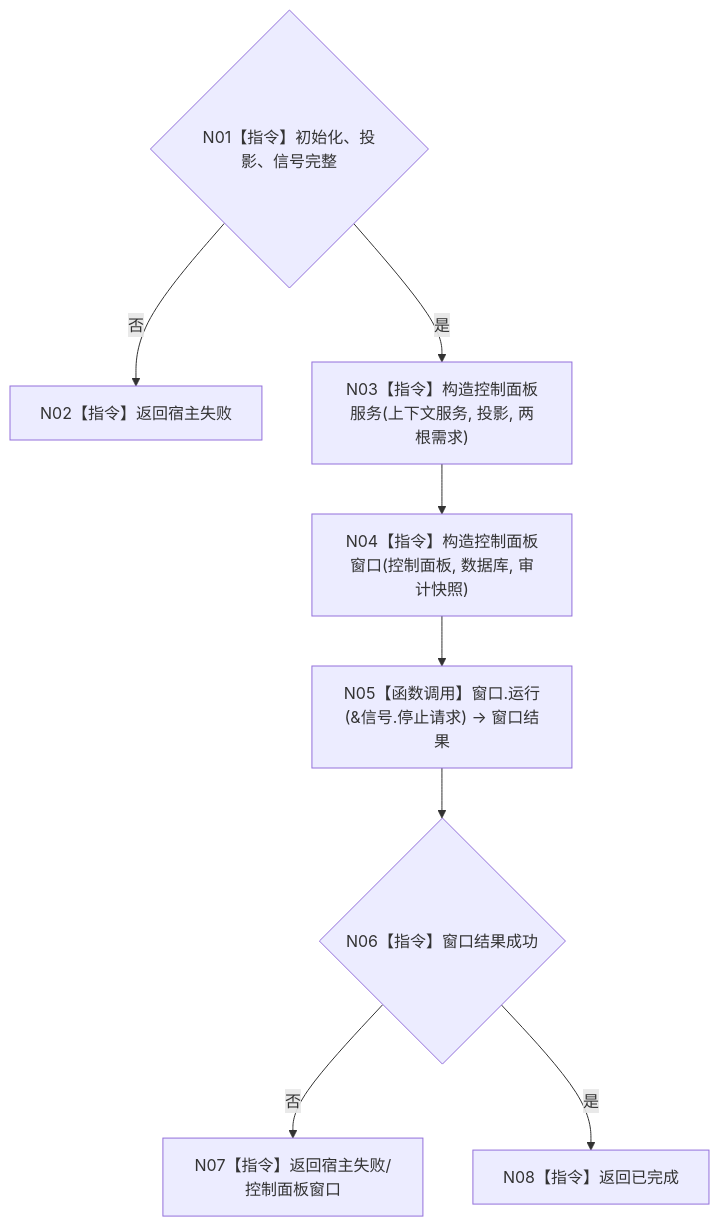
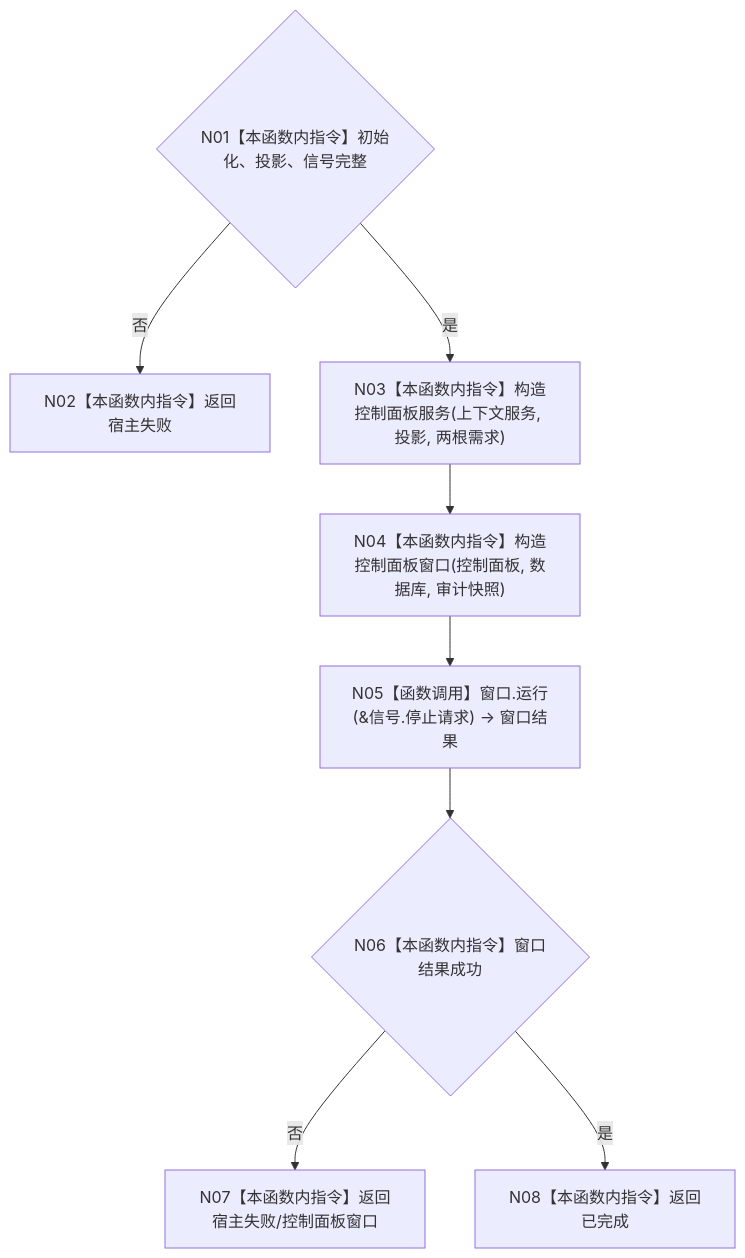
One commit to chunhaizh-cyber/HY-Ego changed the diagram in 流程图/20260726_ENTRY-ONLY_F13_运行控制面板宿主_施工流程图_v0.1.md. Above: the diagram before and after it, drawn with Mermaid. The commit also changed other lines of this file and 88 other files, not shown here.

````diff
--- a/流程图/20260726_ENTRY-ONLY_F13_运行控制面板宿主_施工流程图_v0.1.md
+++ b/流程图/20260726_ENTRY-ONLY_F13_运行控制面板宿主_施工流程图_v0.1.md
@@ -8,10 +28,10 @@
 ```mermaid
 flowchart TD
-    N01{"N01【指令】初始化、投影、信号完整"} -- "否" --> R0["N02【指令】返回宿主失败"]
-    N01 -- "是" --> N03["N03【指令】构造控制面板服务(上下文服务, 投影, 两根需求)"]
-    N03 --> N04["N04【指令】构造控制面板窗口(控制面板, 数据库, 审计快照)"]
+    N01{"N01【本函数内指令】初始化、投影、信号完整"} -- "否" --> R0["N02【本函数内指令】返回宿主失败"]
+    N01 -- "是" --> N03["N03【本函数内指令】构造控制面板服务(上下文服务, 投影, 两根需求)"]
+    N03 --> N04["N04【本函数内指令】构造控制面板窗口(控制面板, 数据库, 审计快照)"]
     N04 --> N05["N05【函数调用】窗口.运行(&信号.停止请求) -> 窗口结果"]
-    N05 --> N06{"N06【指令】窗口结果成功"}
-    N06 -- "否" --> N07["N07【指令】返回宿主失败/控制面板窗口"]
-    N06 -- "是" --> N08["N08【指令】返回已完成"]
+    N05 --> N06{"N06【本函数内指令】窗口结果成功"}
+    N06 -- "否" --> N07["N07【本函数内指令】返回宿主失败/控制面板窗口"]
+    N06 -- "是" --> N08["N08【本函数内指令】返回已完成"]
 ```
````
